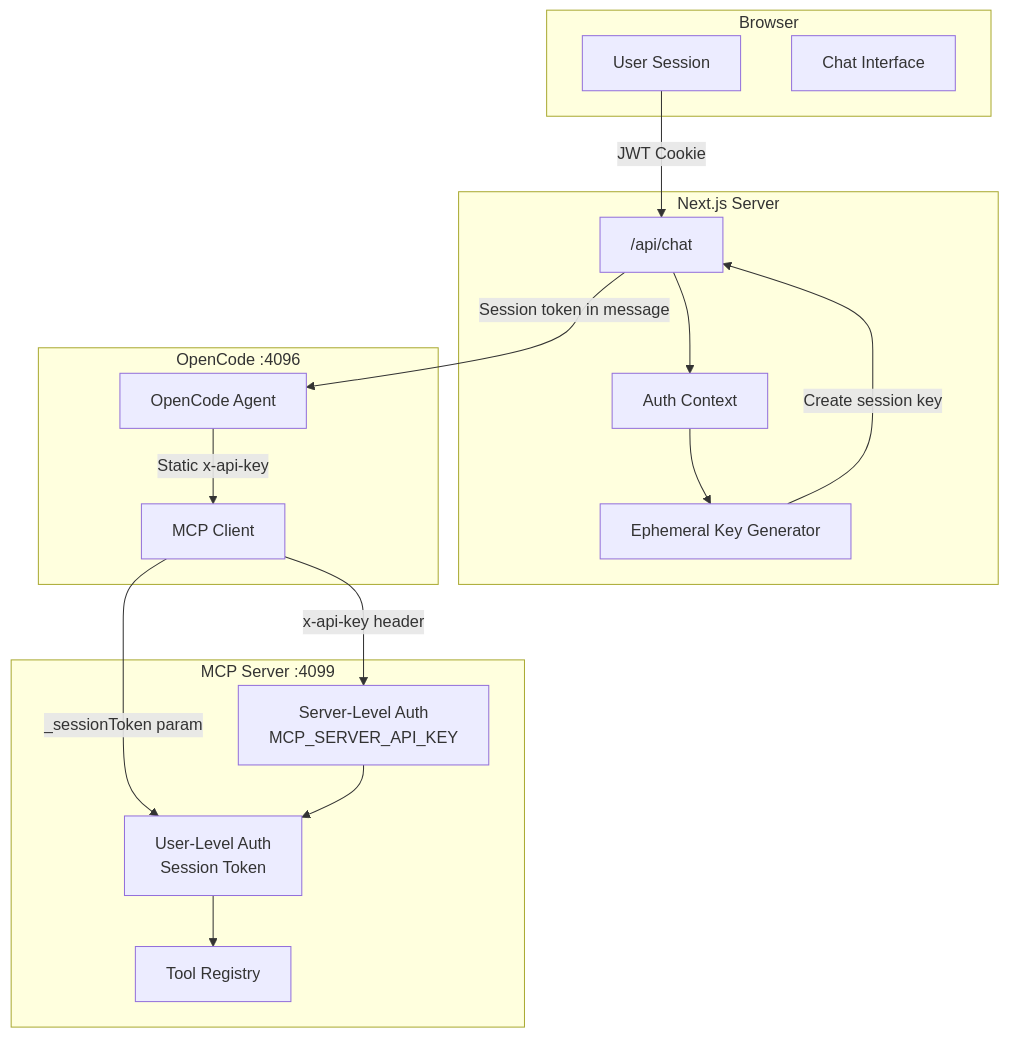
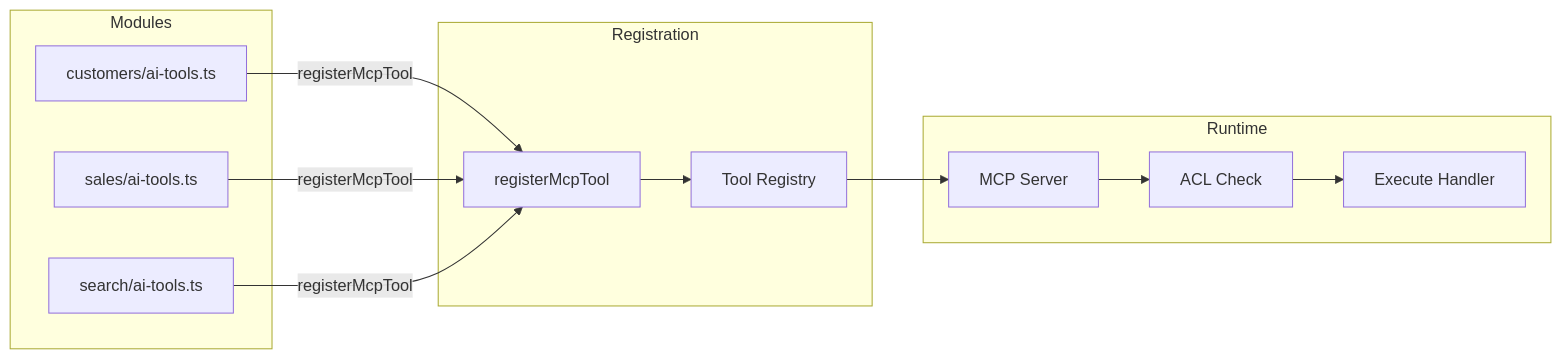
One commit to open-mercato/open-mercato changed the seventh of 7 diagrams in packages/ai-assistant/README.md. Above: the diagram before and after it, drawn with Mermaid. The commit also changed other lines of this file, not shown here.

Commit message:
docs(ai-assistant): update README with current architecture and diagrams

````diff
--- a/packages/ai-assistant/README.md
+++ b/packages/ai-assistant/README.md
@@ -777,35 +503,27 @@
 ```mermaid
-graph TB
-    subgraph "Browser"
-        User[User Session]
-        Chat[Chat Interface]
+flowchart LR
+    subgraph Modules
+        M1[customers/ai-tools.ts]
+        M2[sales/ai-tools.ts]
+        M3[search/ai-tools.ts]
     end
 
-    subgraph "Next.js Server"
-        API["/api/chat"]
-        Auth[Auth Context]
-        EphKey[Ephemeral Key Generator]
+    subgraph Registration
+        R[registerMcpTool]
+        TR[Tool Registry]
     end
 
-    subgraph "OpenCode :4096"
-        OC[OpenCode Agent]
-        MCPClient[MCP Client]
+    subgraph Runtime
+        MCP[MCP Server]
+        ACL[ACL Check]
+        Exec[Execute Handler]
     end
 
-    subgraph "MCP Server :4099"
-        ServerAuth[Server-Level Auth<br/>MCP_SERVER_API_KEY]
-        UserAuth[User-Level Auth<br/>Session Token]
-        Tools[Tool Registry]
-    end
-
-    User -->|JWT Cookie| API
-    API --> Auth
-    Auth --> EphKey
-    EphKey -->|Create session key| API
-    API -->|Session token in message| OC
-    OC -->|Static x-api-key| MCPClient
-    MCPClient -->|x-api-key header| ServerAuth
-    MCPClient -->|_sessionToken param| UserAuth
-    ServerAuth --> UserAuth
-    UserAuth --> Tools
+    M1 -->|registerMcpTool| R
+    M2 -->|registerMcpTool| R
+    M3 -->|registerMcpTool| R
+    R --> TR
+    TR --> MCP
+    MCP --> ACL
+    ACL --> Exec
 ```
````
